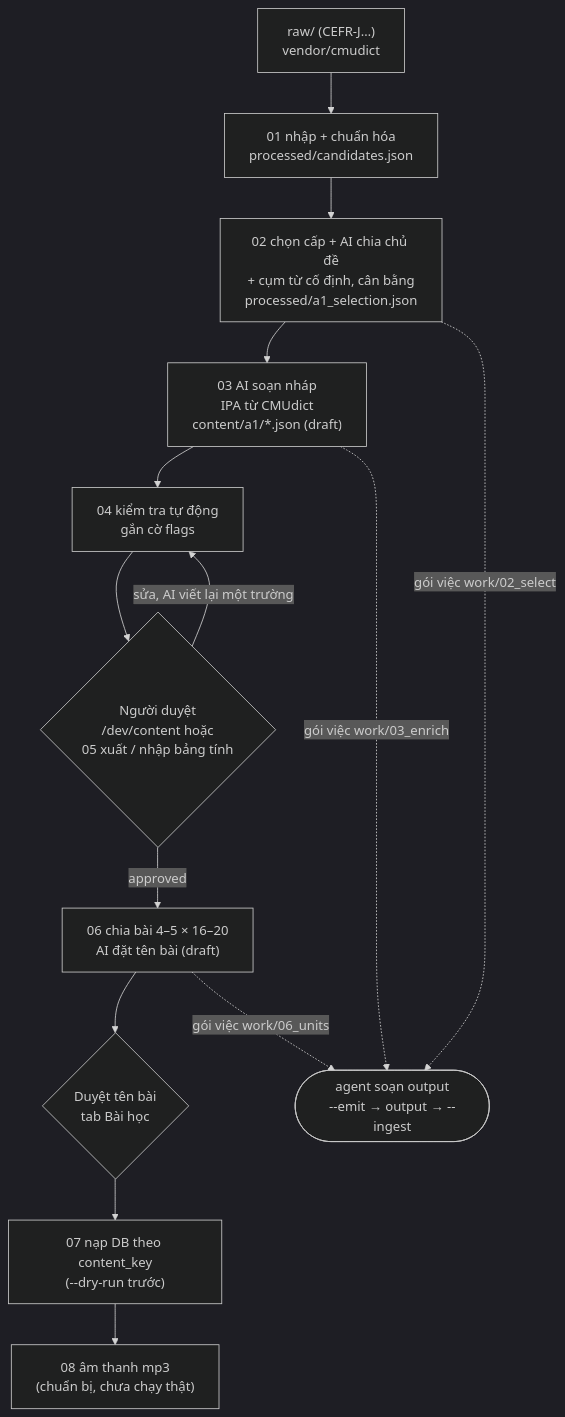
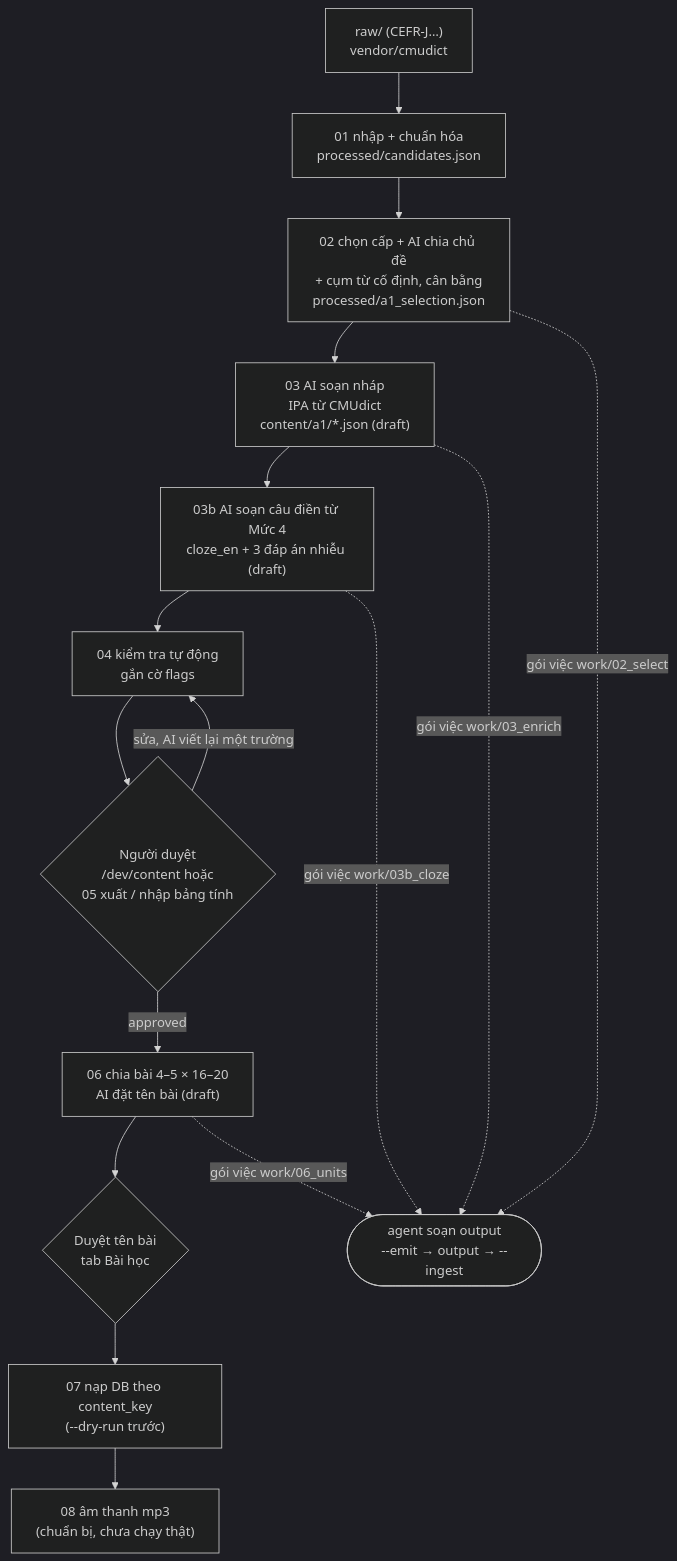
One commit to thiennnhannguyen/wordcash changed the diagram in backend/data_pipeline/README.md. Above: the diagram before and after it, drawn with Mermaid (dark theme). The commit also changed other lines of this file and 16 other files, not shown here.

First line of the commit message:
feat(content): bước 03b soạn câu điền từ Mức 4 và kiểm tra tự động đáp án nhiễu

````diff
--- a/backend/data_pipeline/README.md
+++ b/backend/data_pipeline/README.md
@@ -8,16 +8,18 @@
 ```mermaid
 flowchart TD
     RAW["raw/ (CEFR-J…)<br/>vendor/cmudict"] --> S01["01 nhập + chuẩn hóa<br/>processed/candidates.json"]
     S01 --> S02["02 chọn cấp + AI chia chủ đề<br/>+ cụm từ cố định, cân bằng<br/>processed/a1_selection.json"]
     S02 --> S03["03 AI soạn nháp<br/>IPA từ CMUdict<br/>content/a1/*.json (draft)"]
-    S03 --> S04["04 kiểm tra tự động<br/>gắn cờ flags"]
+    S03 --> S03B["03b AI soạn câu điền từ Mức 4<br/>cloze_en + 3 đáp án nhiễu (draft)"]
+    S03B --> S04["04 kiểm tra tự động<br/>gắn cờ flags"]
     S04 --> REVIEW{"Người duyệt<br/>/dev/content hoặc<br/>05 xuất / nhập bảng tính"}
     REVIEW -->|sửa, AI viết lại một trường| S04
     REVIEW -->|approved| S06["06 chia bài 4–5 × 16–20<br/>AI đặt tên bài (draft)"]
     S06 --> TITLES{"Duyệt tên bài<br/>tab Bài học"}
     S02 -.->|"gói việc work/02_select"| AGENT(["agent soạn output<br/>--emit → output → --ingest"])
     S03 -.->|"gói việc work/03_enrich"| AGENT
+    S03B -.->|"gói việc work/03b_cloze"| AGENT
     S06 -.->|"gói việc work/06_units"| AGENT
     TITLES --> S07["07 nạp DB theo content_key<br/>(--dry-run trước)"]
     S07 --> S08["08 âm thanh mp3<br/>(chuẩn bị, chưa chạy thật)"]
 ```
````
